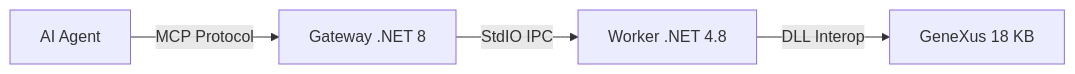
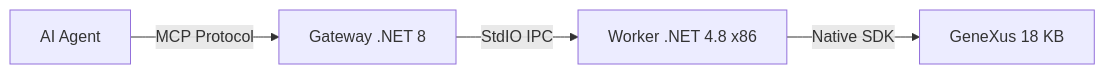
The diagram in README.md (mukasc/Genexus18MCP), drawn with Mermaid before and after one commit. The commit also changed other lines of this file and 17 other files, not shown here.

Commit message:
feat(sdk): implement direct SDK integration in Worker and stabilize Gateway process management

````diff
--- a/README.md
+++ b/README.md
@@ -81,6 +75,6 @@
 ```mermaid
 graph LR
     A[AI Agent] --MCP Protocol--> B[Gateway .NET 8]
-    B --StdIO IPC--> C[Worker .NET 4.8]
-    C --DLL Interop--> D[GeneXus 18 KB]
+    B --StdIO IPC--> C[Worker .NET 4.8 x86]
+    C --Native SDK--> D[GeneXus 18 KB]
 ```
````
